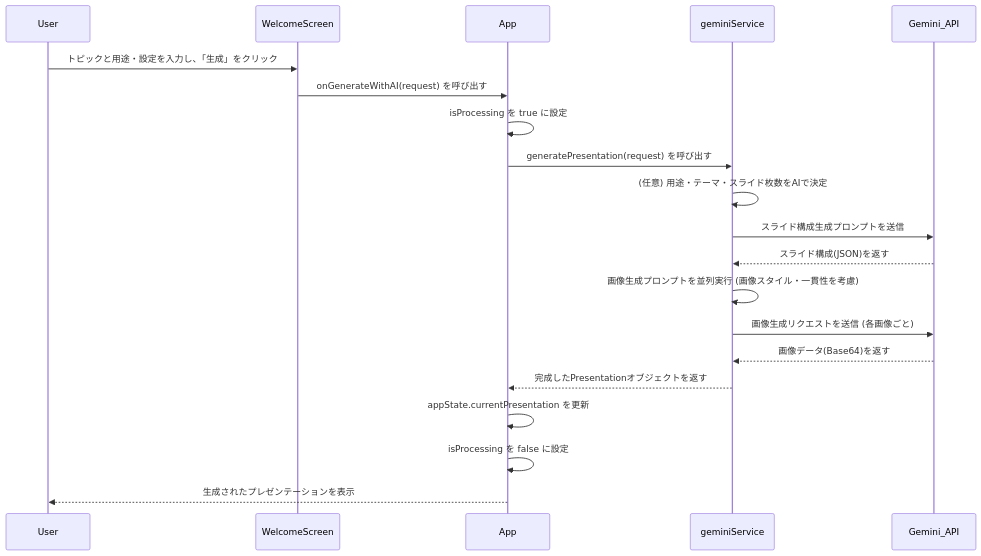
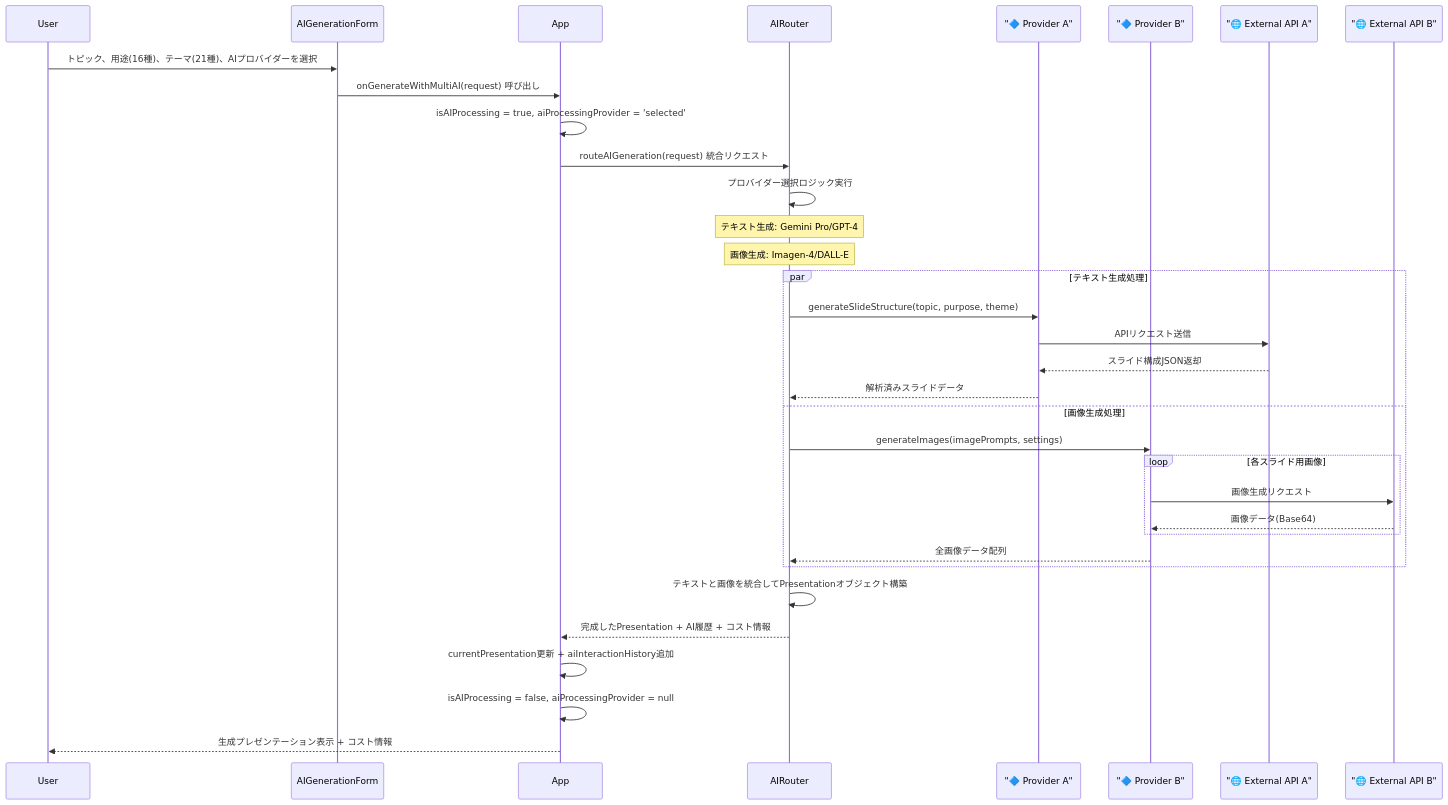
One commit to t2k2pp/SlideMaster changed the second of 3 diagrams in docs/03_Detailed_Design.md. Above: the diagram before and after it, drawn with Mermaid. The commit also changed other lines of this file and 8 other files, not shown here.

````diff
--- a/docs/03_Detailed_Design.md
+++ b/docs/03_Detailed_Design.md
@@ -60,23 +246,42 @@
 ```mermaid
 sequenceDiagram
     participant User
-    participant WelcomeScreen
+    participant AIGenerationForm
     participant App
-    participant geminiService
-    participant Gemini_API
+    participant AIRouter
+    participant ProviderA as "🔷 Provider A"
+    participant ProviderB as "🔷 Provider B"
+    participant ExternalAPI_A as "🌐 External API A"
+    participant ExternalAPI_B as "🌐 External API B"
 
-    User->>WelcomeScreen: トピックと用途・設定を入力し、「生成」をクリック
-    WelcomeScreen->>App: onGenerateWithAI(request) を呼び出す
-    App->>App: isProcessing を true に設定
-    App->>geminiService: generatePresentation(request) を呼び出す
-    geminiService->>geminiService: (任意) 用途・テーマ・スライド枚数をAIで決定
-    geminiService->>Gemini_API: スライド構成生成プロンプトを送信
-    Gemini_API-->>geminiService: スライド構成(JSON)を返す
-    geminiService->>geminiService: 画像生成プロンプトを並列実行 (画像スタイル・一貫性を考慮)
-    geminiService->>Gemini_API: 画像生成リクエストを送信 (各画像ごと)
-    Gemini_API-->>geminiService: 画像データ(Base64)を返す
-    geminiService-->>App: 完成したPresentationオブジェクトを返す
-    App->>App: appState.currentPresentation を更新
-    App->>App: isProcessing を false に設定
-    App-->>User: 生成されたプレゼンテーションを表示
+    User->>AIGenerationForm: トピック、用途(16種)、テーマ(21種)、AIプロバイダーを選択
+    AIGenerationForm->>App: onGenerateWithMultiAI(request) 呼び出し
+    
+    App->>App: isAIProcessing = true, aiProcessingProvider = 'selected'
+    App->>AIRouter: routeAIGeneration(request) 統合リクエスト
+    
+    AIRouter->>AIRouter: プロバイダー選択ロジック実行
+    Note over AIRouter: テキスト生成: Gemini Pro/GPT-4
+    Note over AIRouter: 画像生成: Imagen-4/DALL-E
+    
+    par テキスト生成処理
+        AIRouter->>ProviderA: generateSlideStructure(topic, purpose, theme)
+        ProviderA->>ExternalAPI_A: APIリクエスト送信
+        ExternalAPI_A-->>ProviderA: スライド構成JSON返却
+        ProviderA-->>AIRouter: 解析済みスライドデータ
+    and 画像生成処理
+        AIRouter->>ProviderB: generateImages(imagePrompts, settings)
+        loop 各スライド用画像
+            ProviderB->>ExternalAPI_B: 画像生成リクエスト
+            ExternalAPI_B-->>ProviderB: 画像データ(Base64)
+        end
+        ProviderB-->>AIRouter: 全画像データ配列
+    end
+    
+    AIRouter->>AIRouter: テキストと画像を統合してPresentationオブジェクト構築
+    AIRouter-->>App: 完成したPresentation + AI履歴 + コスト情報
+    
+    App->>App: currentPresentation更新 + aiInteractionHistory追加
+    App->>App: isAIProcessing = false, aiProcessingProvider = null
+    App-->>User: 生成プレゼンテーション表示 + コスト情報
 ```
````
